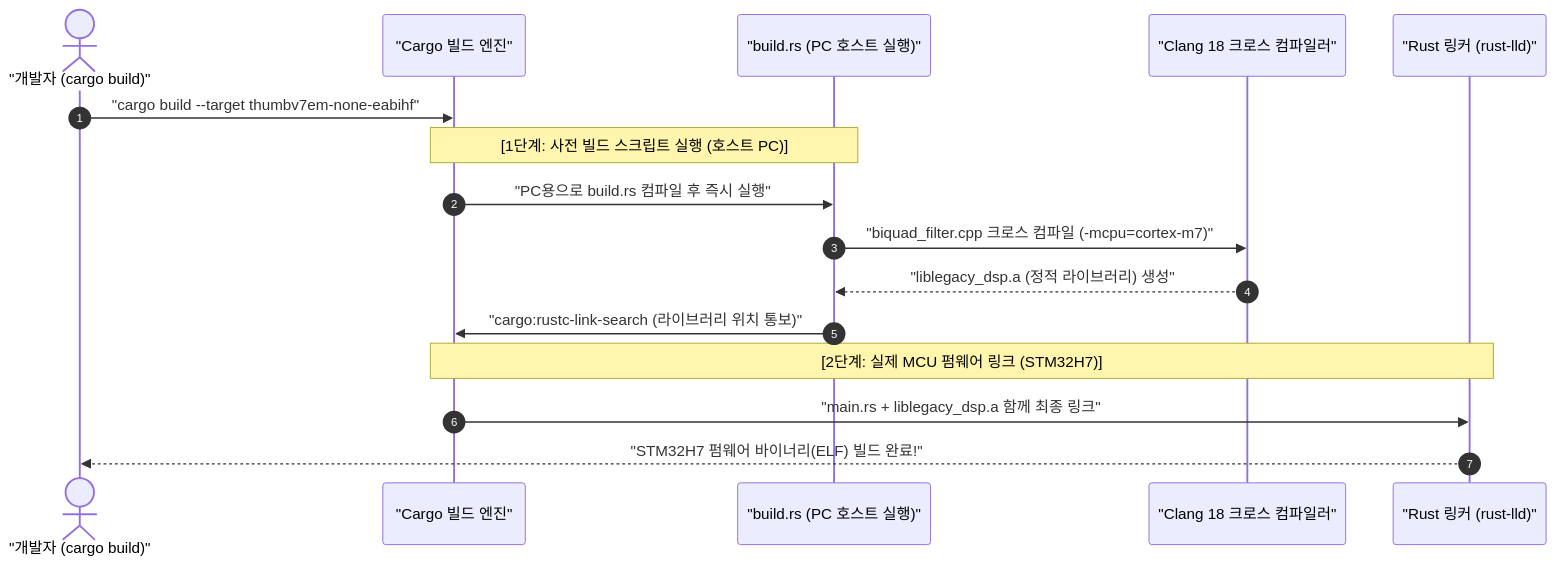
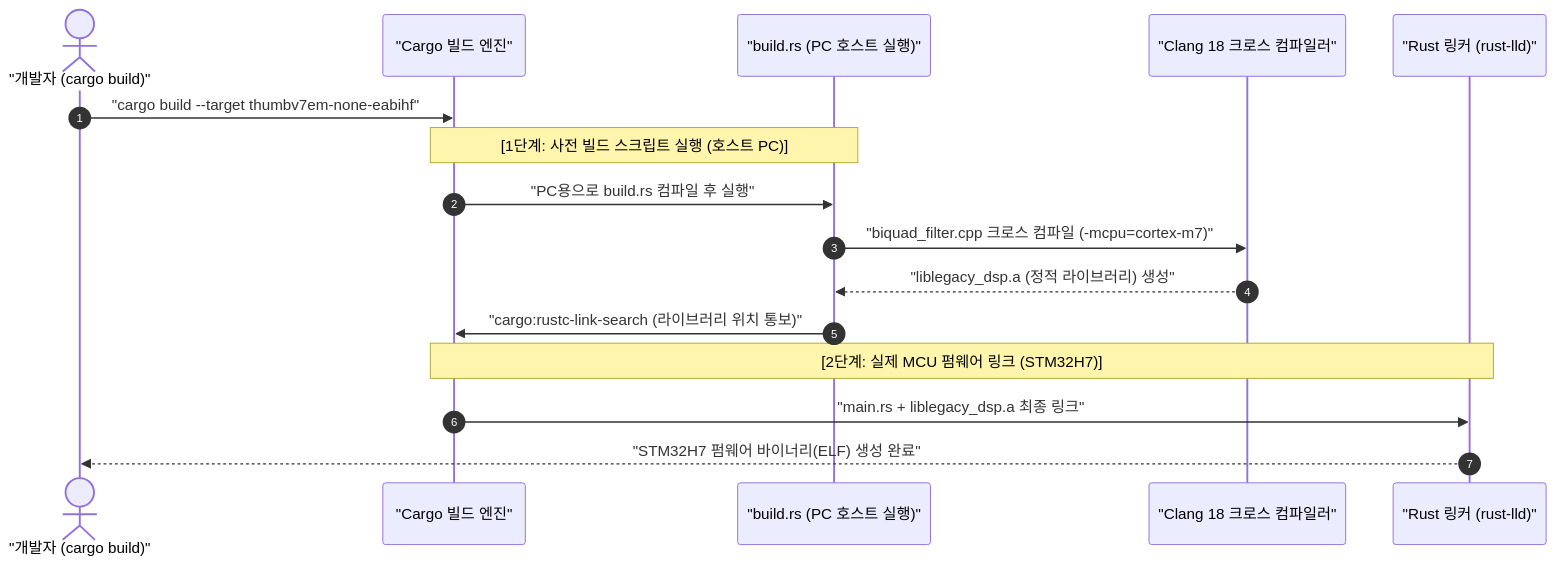
Before and after one commit to voidrobot/nucleo_h743zi2_rust: the second of 2 diagrams in examples/05_mixed_cpp_legacy/README.md, drawn with Mermaid. The commit also changed other lines of this file, not shown here.

````diff
--- a/examples/05_mixed_cpp_legacy/README.md
+++ b/examples/05_mixed_cpp_legacy/README.md
@@ -111,20 +110,20 @@
 ```mermaid
 sequenceDiagram
     autonumber
     actor Dev as "개발자 (cargo build)"
     participant Cargo as "Cargo 빌드 엔진"
     participant BuildRs as "build.rs (PC 호스트 실행)"
     participant Clang as "Clang 18 크로스 컴파일러"
     participant Rustc as "Rust 링커 (rust-lld)"
 
     Dev->>Cargo: "cargo build --target thumbv7em-none-eabihf"
     Note over Cargo,BuildRs: [1단계: 사전 빌드 스크립트 실행 (호스트 PC)]
-    Cargo->>BuildRs: "PC용으로 build.rs 컴파일 후 즉시 실행"
+    Cargo->>BuildRs: "PC용으로 build.rs 컴파일 후 실행"
     BuildRs->>Clang: "biquad_filter.cpp 크로스 컴파일 (-mcpu=cortex-m7)"
     Clang-->>BuildRs: "liblegacy_dsp.a (정적 라이브러리) 생성"
     BuildRs->>Cargo: "cargo:rustc-link-search (라이브러리 위치 통보)"
     
     Note over Cargo,Rustc: [2단계: 실제 MCU 펌웨어 링크 (STM32H7)]
-    Cargo->>Rustc: "main.rs + liblegacy_dsp.a 함께 최종 링크"
-    Rustc-->>Dev: "STM32H7 펌웨어 바이너리(ELF) 빌드 완료!"
+    Cargo->>Rustc: "main.rs + liblegacy_dsp.a 최종 링크"
+    Rustc-->>Dev: "STM32H7 펌웨어 바이너리(ELF) 생성 완료"
 ```
````
